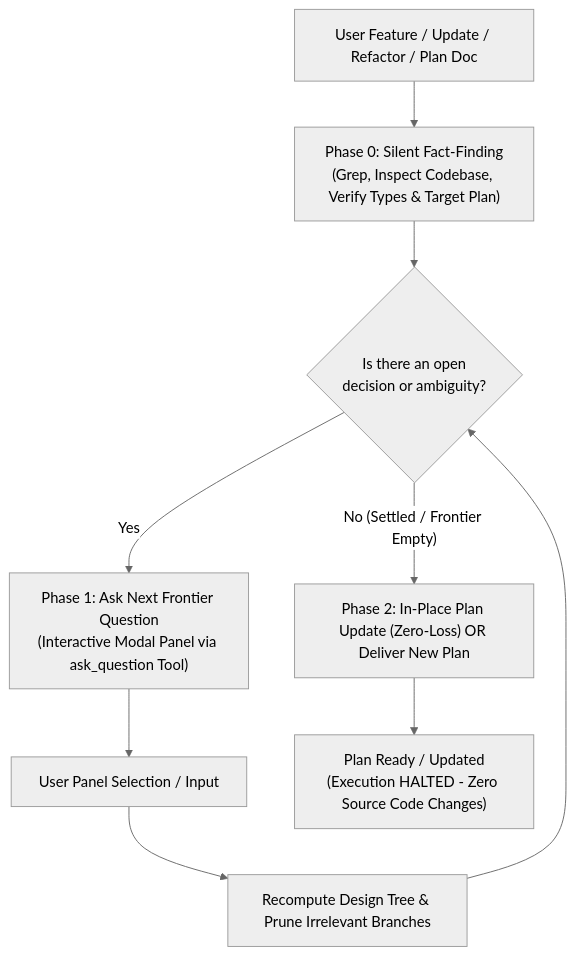
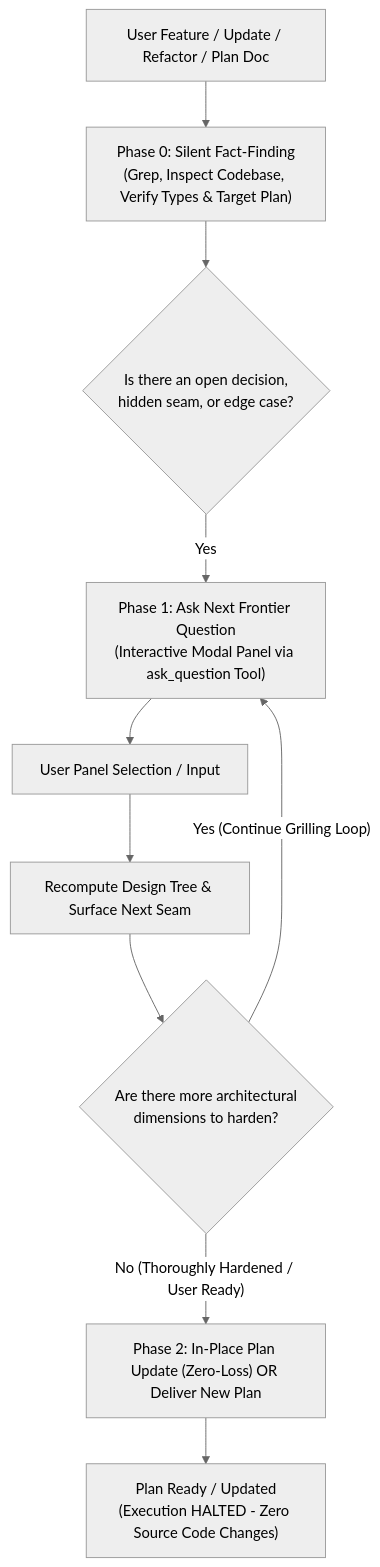
One commit to Delizade-Antigravity-Skills/clarify-first-delizade changed the diagram in SKILL.md. Above: the diagram before and after it, drawn with Mermaid (neutral theme). The commit also changed other lines of this file, not shown here.

Commit message:
feat: transform clarify-first into continuous relentless grilling loop (anti-premature-exit)

````diff
--- a/SKILL.md
+++ b/SKILL.md
@@ -37,11 +37,12 @@
 ```mermaid
 flowchart TD
     Idea["User Feature / Update / Refactor / Plan Doc"] --> Phase0["Phase 0: Silent Fact-Finding<br/>(Grep, Inspect Codebase, Verify Types & Target Plan)"]
-    Phase0 --> TreeEval{"Is there an open<br/>decision or ambiguity?"}
+    Phase0 --> TreeEval{"Is there an open decision,<br/>hidden seam, or edge case?"}
     TreeEval -- "Yes" --> Phase1["Phase 1: Ask Next Frontier Question<br/>(Interactive Modal Panel via ask_question Tool)"]
     Phase1 --> UserAnswer["User Panel Selection / Input"]
-    UserAnswer --> Recompute["Recompute Design Tree & Prune Irrelevant Branches"]
-    Recompute --> TreeEval
-    TreeEval -- "No (Settled / Frontier Empty)" --> Phase2["Phase 2: In-Place Plan Update (Zero-Loss) OR Deliver New Plan"]
+    UserAnswer --> Recompute["Recompute Design Tree & Surface Next Seam"]
+    Recompute --> HasMore{"Are there more architectural<br/>dimensions to harden?"}
+    HasMore -- "Yes (Continue Grilling Loop)" --> Phase1
+    HasMore -- "No (Thoroughly Hardened / User Ready)" --> Phase2["Phase 2: In-Place Plan Update (Zero-Loss) OR Deliver New Plan"]
     Phase2 --> Stop["Plan Ready / Updated<br/>(Execution HALTED - Zero Source Code Changes)"]
 ```
````
